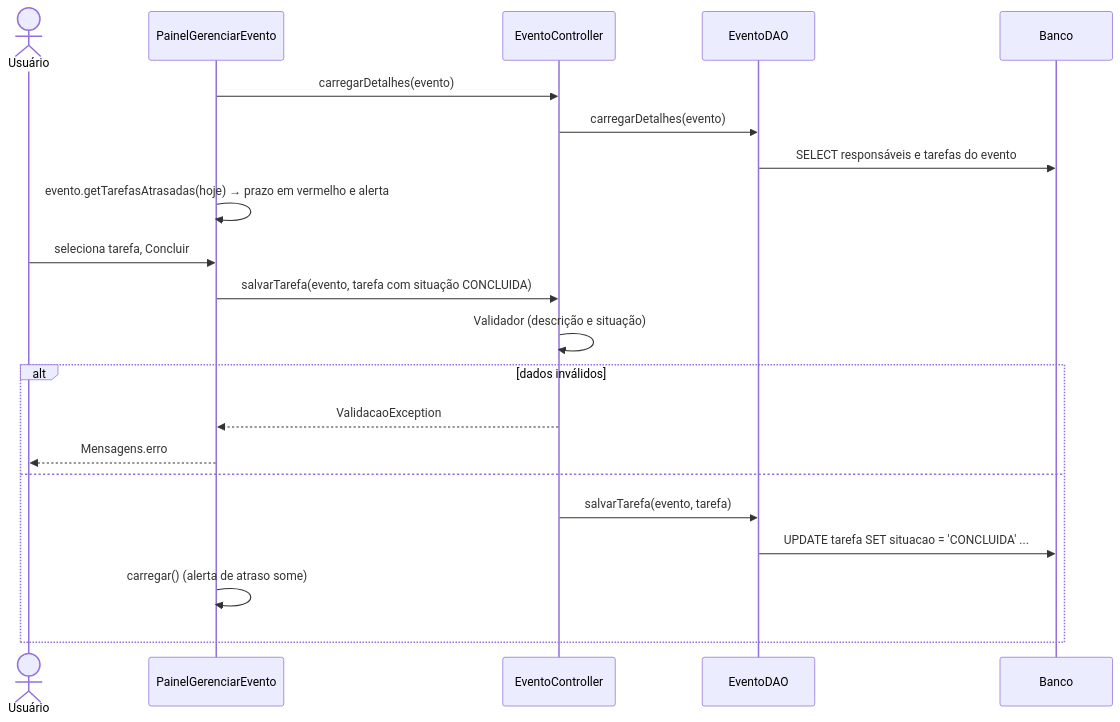
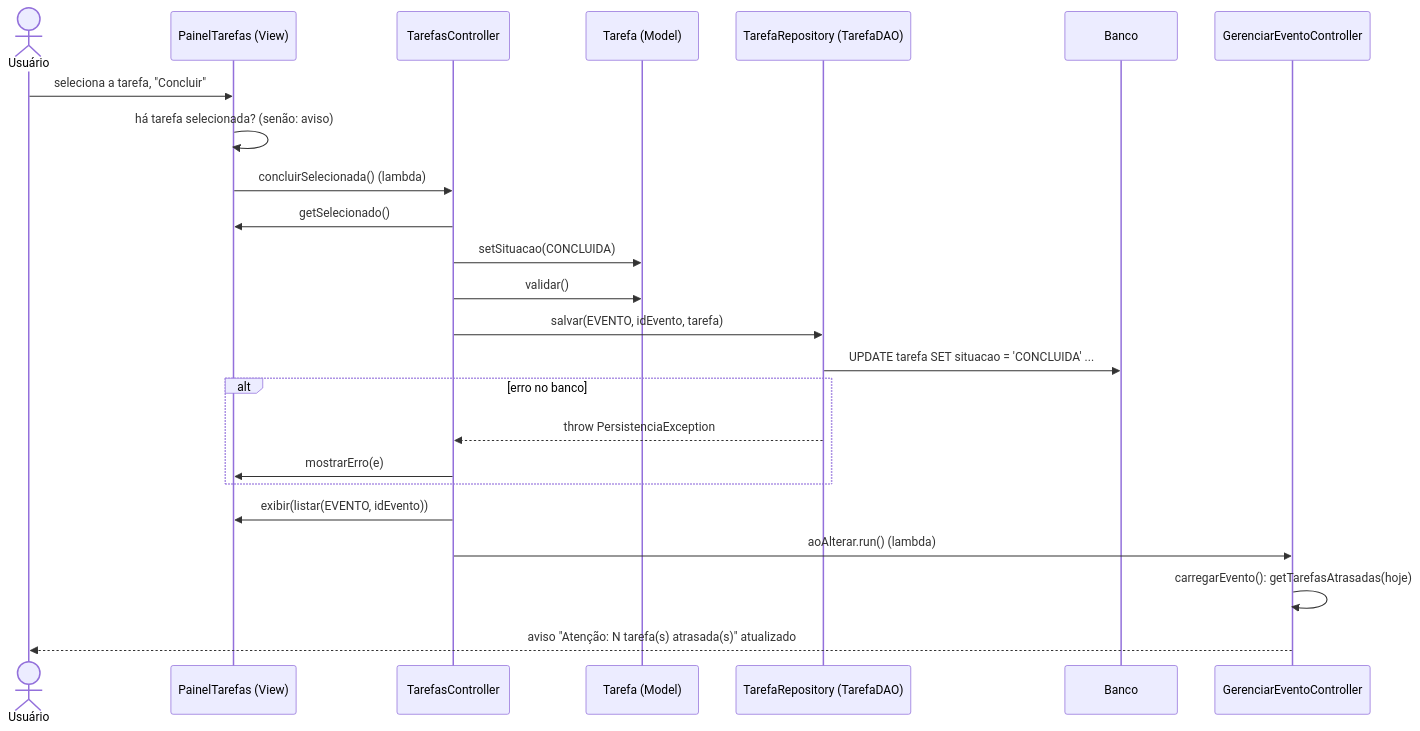
One commit to mheloisawitt/Athletiza changed diagram 12 of 13 in docs/diagramas/sequencia.md. Above: the diagram before and after it, drawn with Mermaid. The commit also changed other lines of this file and 196 other files, not shown here.

````diff
--- a/docs/diagramas/sequencia.md
+++ b/docs/diagramas/sequencia.md
@@ -357,24 +400,27 @@
 ```mermaid
 sequenceDiagram
     actor U as Usuário
-    participant V as PainelGerenciarEvento
-    participant C as EventoController
-    participant D as EventoDAO
+    participant V as PainelTarefas (View)
+    participant C as TarefasController
+    participant M as Tarefa (Model)
+    participant R as TarefaRepository (TarefaDAO)
     participant B as Banco
+    participant G as GerenciarEventoController
 
-    V->>C: carregarDetalhes(evento)
-    C->>D: carregarDetalhes(evento)
-    D->>B: SELECT responsáveis e tarefas do evento
-    V->>V: evento.getTarefasAtrasadas(hoje) → prazo em vermelho e alerta
-    U->>V: seleciona tarefa, Concluir
-    V->>C: salvarTarefa(evento, tarefa com situação CONCLUIDA)
-    C->>C: Validador (descrição e situação)
-    alt dados inválidos
-        C-->>V: ValidacaoException
-        V-->>U: Mensagens.erro
-    else
-        C->>D: salvarTarefa(evento, tarefa)
-        D->>B: UPDATE tarefa SET situacao = 'CONCLUIDA' ...
-        V->>V: carregar() (alerta de atraso some)
+    U->>V: seleciona a tarefa, "Concluir"
+    V->>V: há tarefa selecionada? (senão: aviso)
+    V->>C: concluirSelecionada() (lambda)
+    C->>V: getSelecionado()
+    C->>M: setSituacao(CONCLUIDA)
+    C->>M: validar()
+    C->>R: salvar(EVENTO, idEvento, tarefa)
+    R->>B: UPDATE tarefa SET situacao = 'CONCLUIDA' ...
+    alt erro no banco
+        R-->>C: throw PersistenciaException
+        C->>V: mostrarErro(e)
     end
+    C->>V: exibir(listar(EVENTO, idEvento))
+    C->>G: aoAlterar.run() (lambda)
+    G->>G: carregarEvento(): getTarefasAtrasadas(hoje)
+    G-->>U: aviso "Atenção: N tarefa(s) atrasada(s)" atualizado
 ```
````
